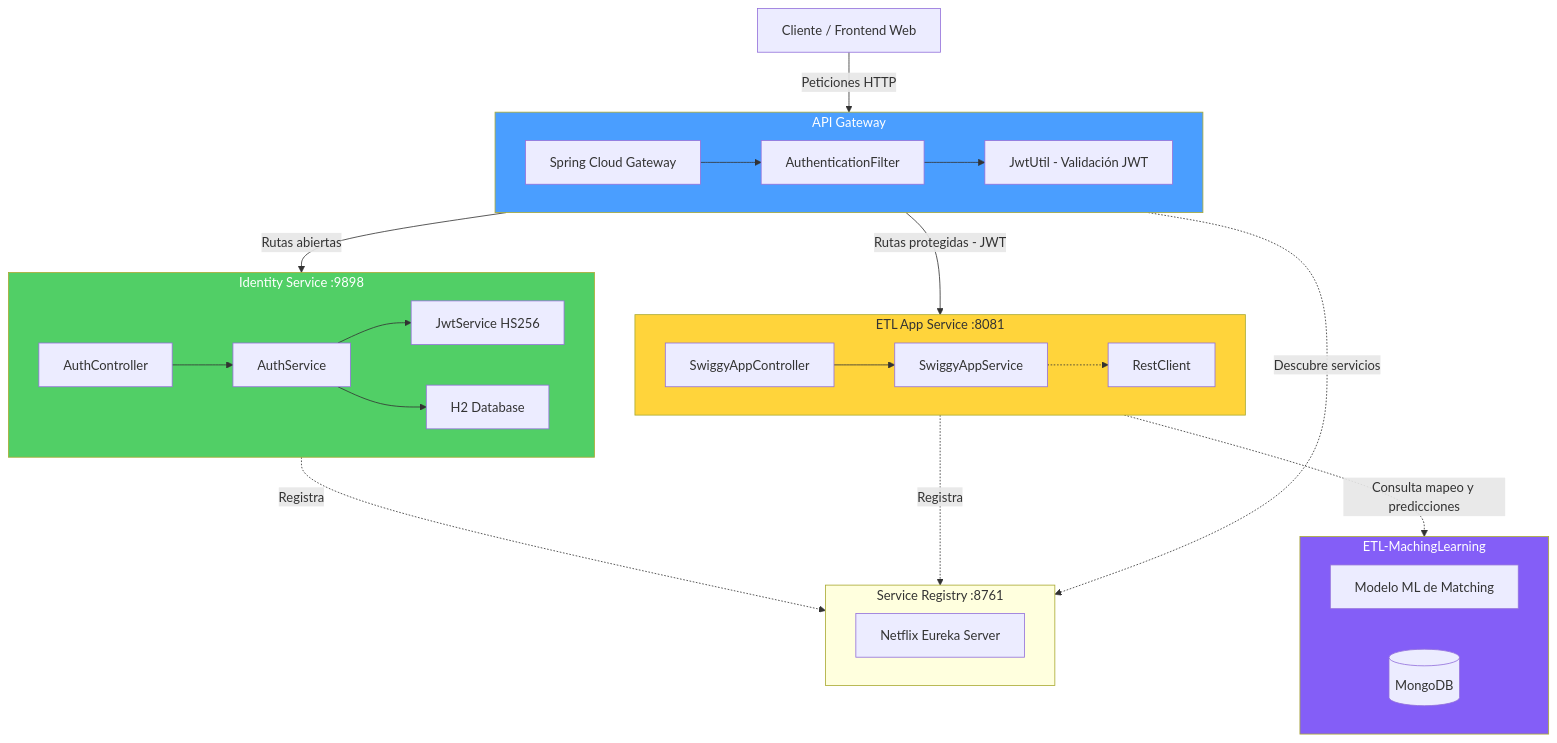
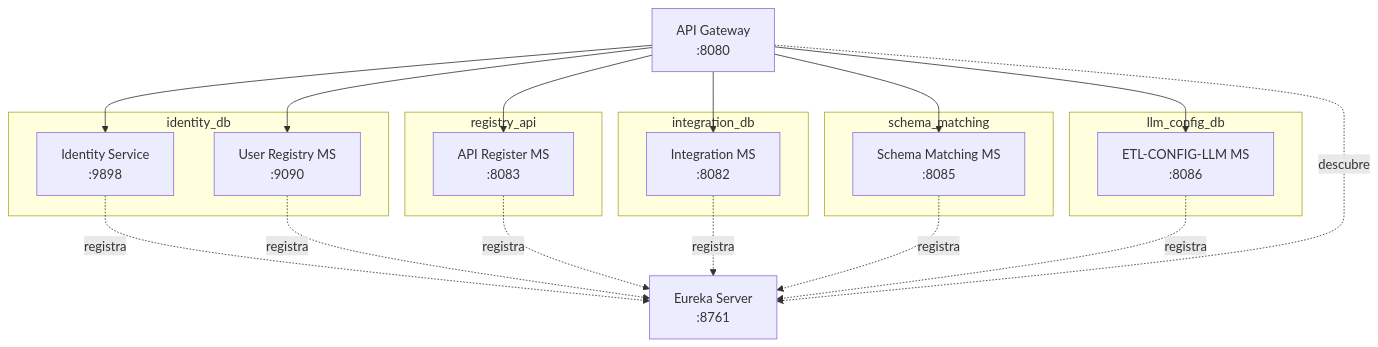
The first of 7 diagrams in README.md (ByAncort/ETL-BACKEND), drawn with Mermaid before and after one commit. The commit also changed other lines of this file, not shown here.

````diff
--- a/README.md
+++ b/README.md
@@ -35,50 +36,42 @@
 ```mermaid
 graph TB
-    Cliente["Cliente / Frontend Web"] -->|"Peticiones HTTP"| GW
+    GW["API Gateway\n:8080"]
 
-    subgraph GW["API Gateway"]
-        Gateway["Spring Cloud Gateway"]
-        AuthFilter["AuthenticationFilter"]
-        JwtVal["JwtUtil - Validación JWT"]
-        Gateway --> AuthFilter --> JwtVal
+    subgraph identity_db["identity_db"]
+        ID["Identity Service\n:9898"]
+        UR["User Registry MS\n:9090"]
     end
 
-    subgraph Eureka["Service Registry :8761"]
-        EurekaServer["Netflix Eureka Server"]
+    subgraph registry_api["registry_api"]
+        AR["API Register MS\n:8083"]
     end
 
-    subgraph Identity["Identity Service :9898"]
-        AuthCtrl["AuthController"]
-        AuthSvc["AuthService"]
-        JwtSvc["JwtService HS256"]
-        H2["H2 Database"]
-        AuthCtrl --> AuthSvc
-        AuthSvc --> JwtSvc
-        AuthSvc --> H2
+    subgraph integration_db["integration_db"]
+        INT["Integration MS\n:8082"]
     end
 
-    subgraph App["ETL App Service :8081"]
-        AppCtrl["SwiggyAppController"]
-        AppSvc["SwiggyAppService"]
-        AppCtrl --> AppSvc
-        AppSvc -.-> RestClient
+    subgraph schema_matching["schema_matching"]
+        SM["Schema Matching MS\n:8085"]
     end
 
-    subgraph ML["ETL-MachingLearning"]
-        MLModel["Modelo ML de Matching"]
-        MongoDB[(MongoDB)]
+    subgraph llm_config_db["llm_config_db"]
+        LLM["ETL-CONFIG-LLM MS\n:8086"]
     end
 
-    GW -->|"Rutas abiertas"| Identity
-    GW -->|"Rutas protegidas - JWT"| App
-    App -.->|"Consulta mapeo y predicciones"| ML
+    E["Eureka Server\n:8761"]
 
-    Identity -.->|"Registra"| Eureka
-    App -.->|"Registra"| Eureka
-    GW -.->|"Descubre servicios"| Eureka
+    GW --> ID
+    GW --> UR
+    GW --> AR
+    GW --> INT
+    GW --> SM
+    GW --> LLM
 
-    style ML fill:#845ef7,color:#fff
-    style GW fill:#4a9eff,color:#fff
-    style Identity fill:#51cf66,color:#fff
-    style App fill:#ffd43b,color:#333
+    ID  -.->|registra| E
+    UR  -.->|registra| E
+    AR  -.->|registra| E
+    INT -.->|registra| E
+    SM  -.->|registra| E
+    LLM -.->|registra| E
+    GW  -.->|descubre| E
 ```
````
